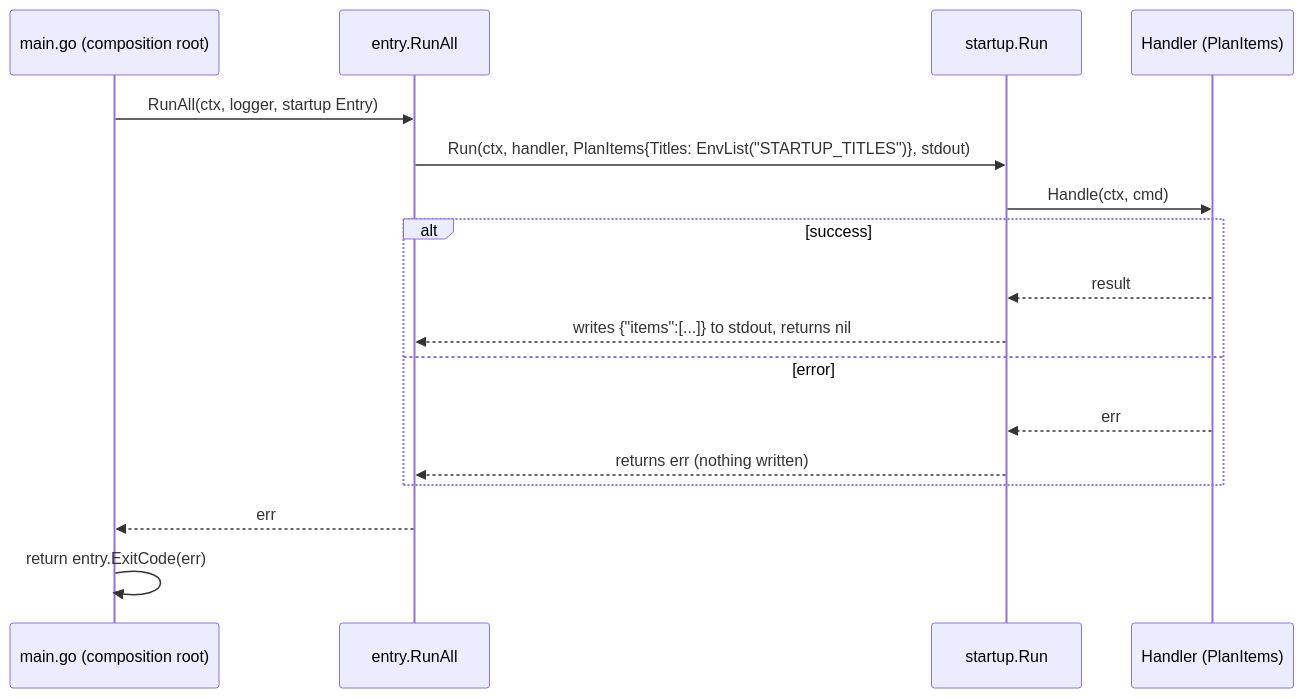
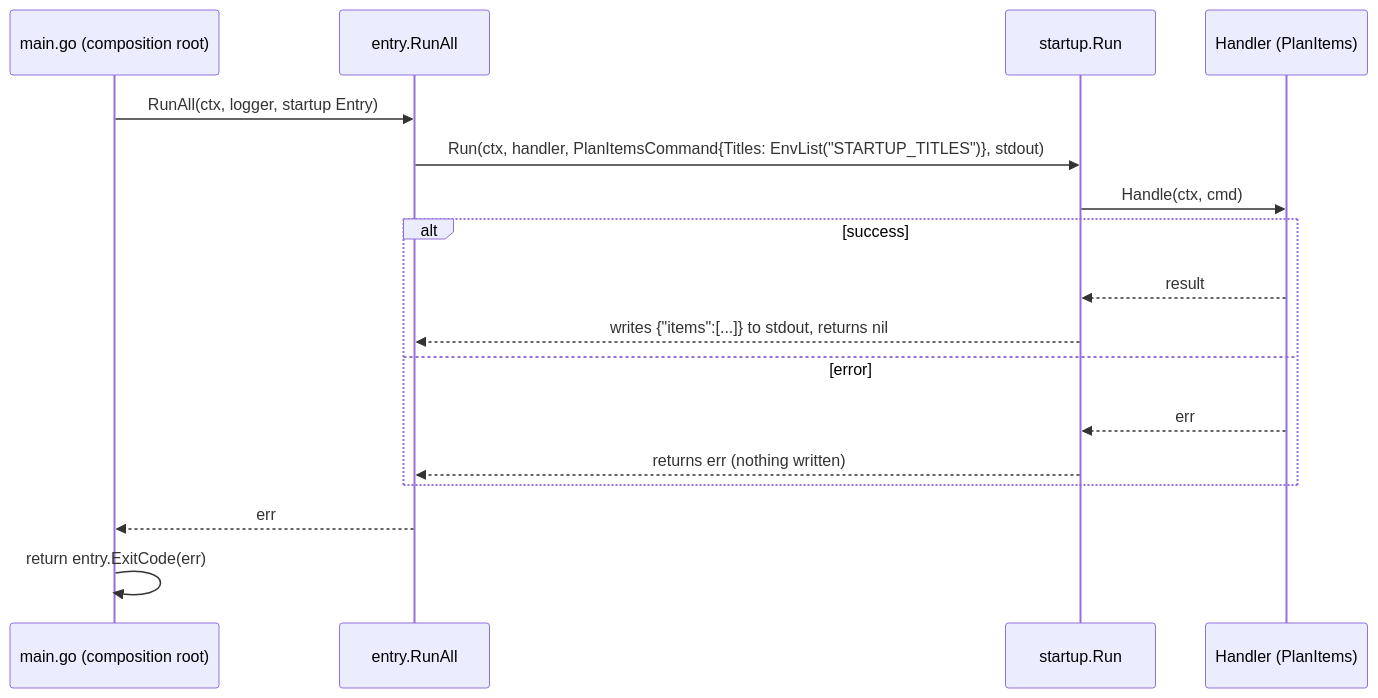
One commit to InsonusK/ai-skills changed the diagram in library/architecture/go/base-plateau-in-go.skill/glossary/startup-entry.md. Above: the diagram before and after it, drawn with Mermaid. The commit also changed 105 other files, not shown here.

First line of the commit message:
refactor(architecture): command types named {Operation}Command in Go and dotnet

````diff
--- a/library/architecture/go/base-plateau-in-go.skill/glossary/startup-entry.md
+++ b/library/architecture/go/base-plateau-in-go.skill/glossary/startup-entry.md
@@ -24,19 +24,19 @@
 ```mermaid
 sequenceDiagram
     participant M as main.go (composition root)
     participant R as entry.RunAll
     participant S as startup.Run
     participant H as Handler (PlanItems)
     M->>R: RunAll(ctx, logger, startup Entry)
-    R->>S: Run(ctx, handler, PlanItems{Titles: EnvList("STARTUP_TITLES")}, stdout)
+    R->>S: Run(ctx, handler, PlanItemsCommand{Titles: EnvList("STARTUP_TITLES")}, stdout)
     S->>H: Handle(ctx, cmd)
     alt success
         H-->>S: result
         S-->>R: writes {"items":[...]} to stdout, returns nil
     else error
         H-->>S: err
         S-->>R: returns err (nothing written)
     end
     R-->>M: err
     M->>M: return entry.ExitCode(err)
 ```
````
